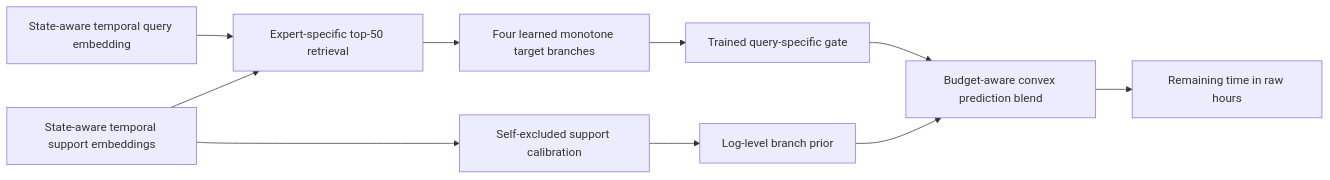
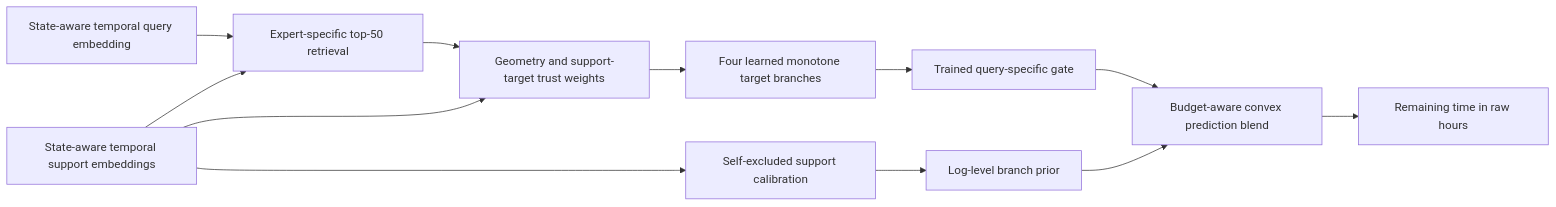
Before and after one commit to fit-alessandro-berti/events-transf3: the second of 2 diagrams in paper_docs/fmv3_architecture_changes.md, drawn with Mermaid. The commit also changed other lines of this file and 17 other files, not shown here.

````diff
--- a/paper_docs/fmv3_architecture_changes.md
+++ b/paper_docs/fmv3_architecture_changes.md
@@ -120,12 +138,14 @@
 ```mermaid
 flowchart LR
     Q[State-aware temporal query embedding] --> R[Expert-specific top-50 retrieval]
     S[State-aware temporal support embeddings] --> R
-    R --> B[Four learned monotone target branches]
+    R --> X[Geometry and support-target trust weights]
+    S --> X
+    X --> B[Four learned monotone target branches]
     B --> D[Trained query-specific gate]
     S --> C[Self-excluded support calibration]
     C --> P[Log-level branch prior]
     D --> M[Budget-aware convex prediction blend]
     P --> M
     M --> H[Remaining time in raw hours]
 ```
````
